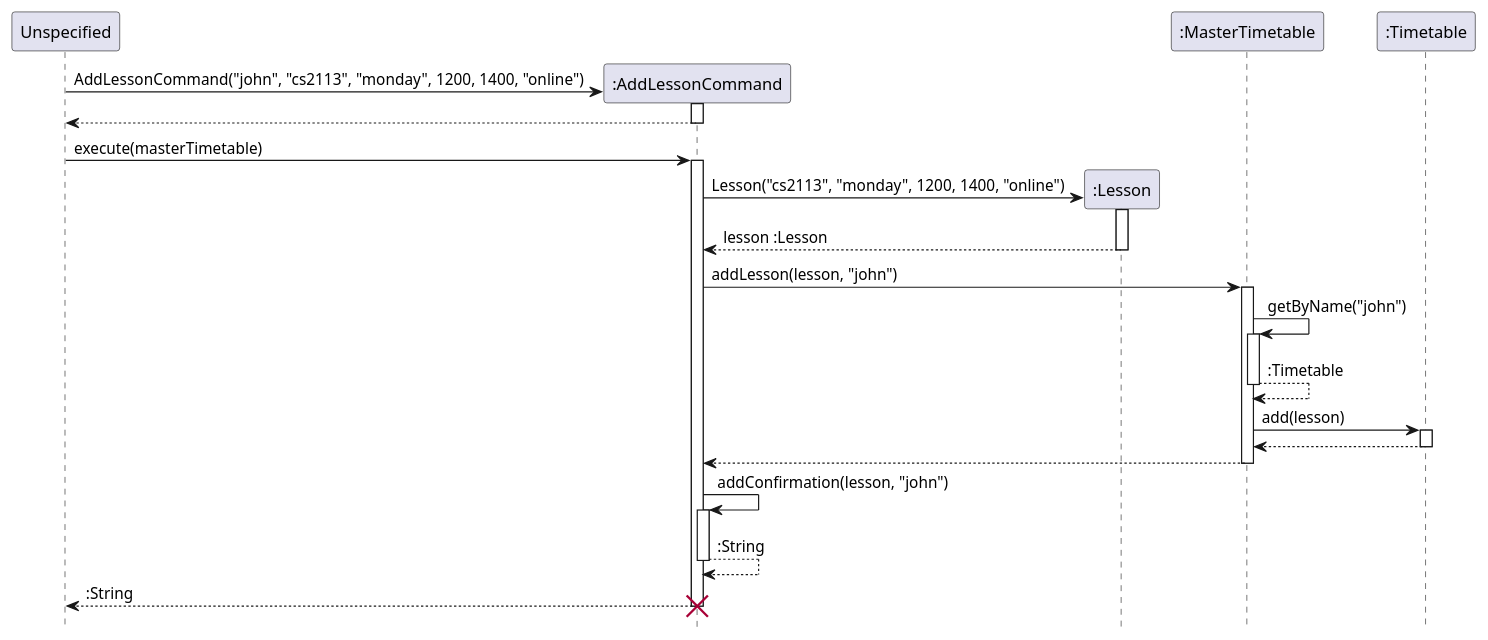
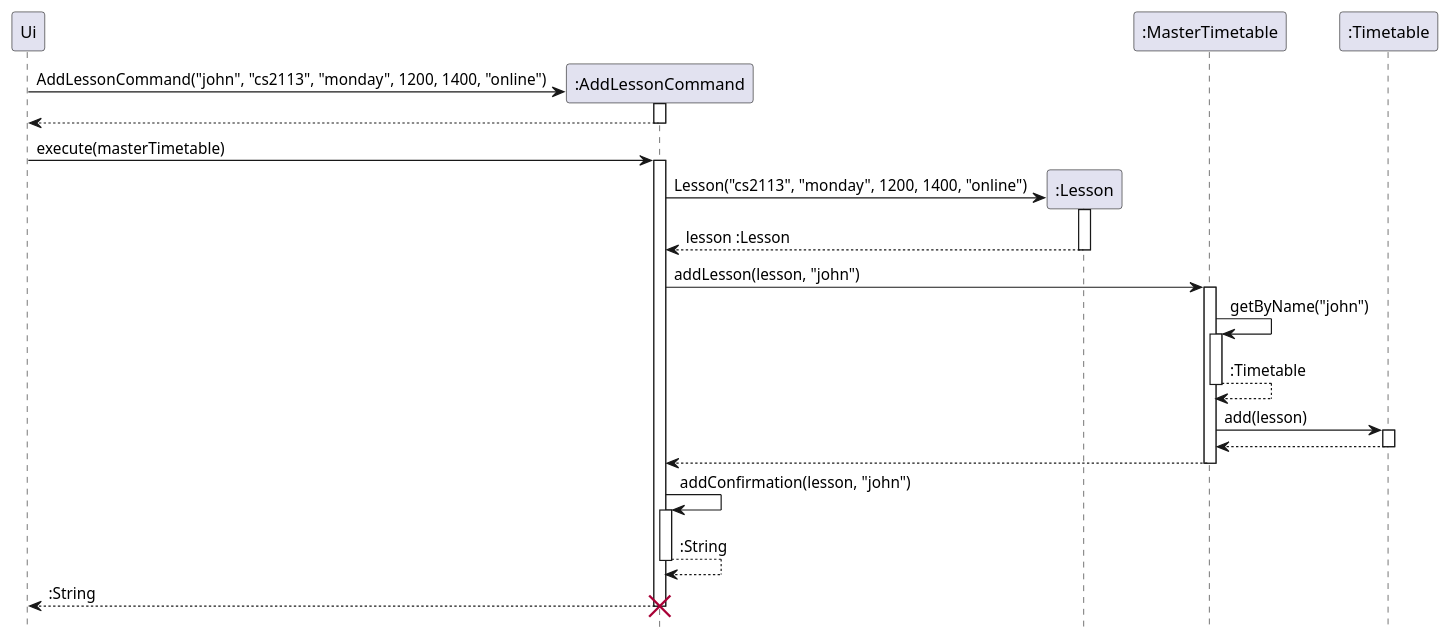
Before and after one commit to nus-cs2113-AY2122S2/tp: the diagram in docs/diagrams/AddLessonCommandSequence.puml, drawn with PlantUML. The commit also changed 1 other file, not shown here.

```diff
--- a/docs/diagrams/AddLessonCommandSequence.puml
+++ b/docs/diagrams/AddLessonCommandSequence.puml
@@ -1,48 +1,48 @@
 @startuml
 hide footbox
 
-participant "Unspecified" as none
+participant "Ui" as none
 participant ":AddLessonCommand" as Command
 participant ":Lesson" as Lesson
 participant ":MasterTimetable" as Master
 participant ":Timetable" as Timetable
 
 create Command
 none -> Command : AddLessonCommand("john", "cs2113", "monday", 1200, 1400, "online")
 activate Command
 none <-- Command :
 deactivate Command
 
 none -> Command : execute(masterTimetable)
 activate Command
 create Lesson
 Command -> Lesson : Lesson("cs2113", "monday", 1200, 1400, "online")
 activate Lesson
 Command <-- Lesson : lesson :Lesson
 deactivate Lesson
 
 Command ->  Master : addLesson(lesson, "john")
 activate Master
 Master -> Master : getByName("john")
 activate Master
 Master --> Master : :Timetable
 deactivate Master
 
 Master -> Timetable : add(lesson)
 activate Timetable
 Master <-- Timetable
 deactivate Timetable
 
 Command <-- Master
 deactivate Master
 
 Command -> Command : addConfirmation(lesson, "john")
 activate Command
 Command --> Command : :String
 deactivate Command
 
 none <-- Command : :String
 deactivate Command
 destroy Command
 
 @enduml
```
